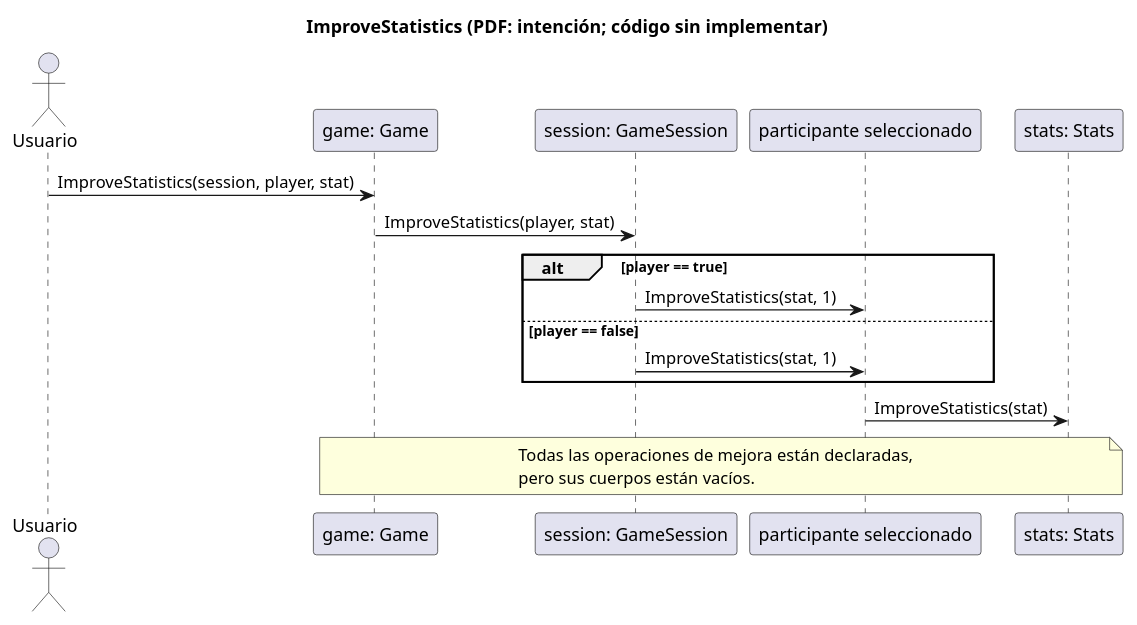
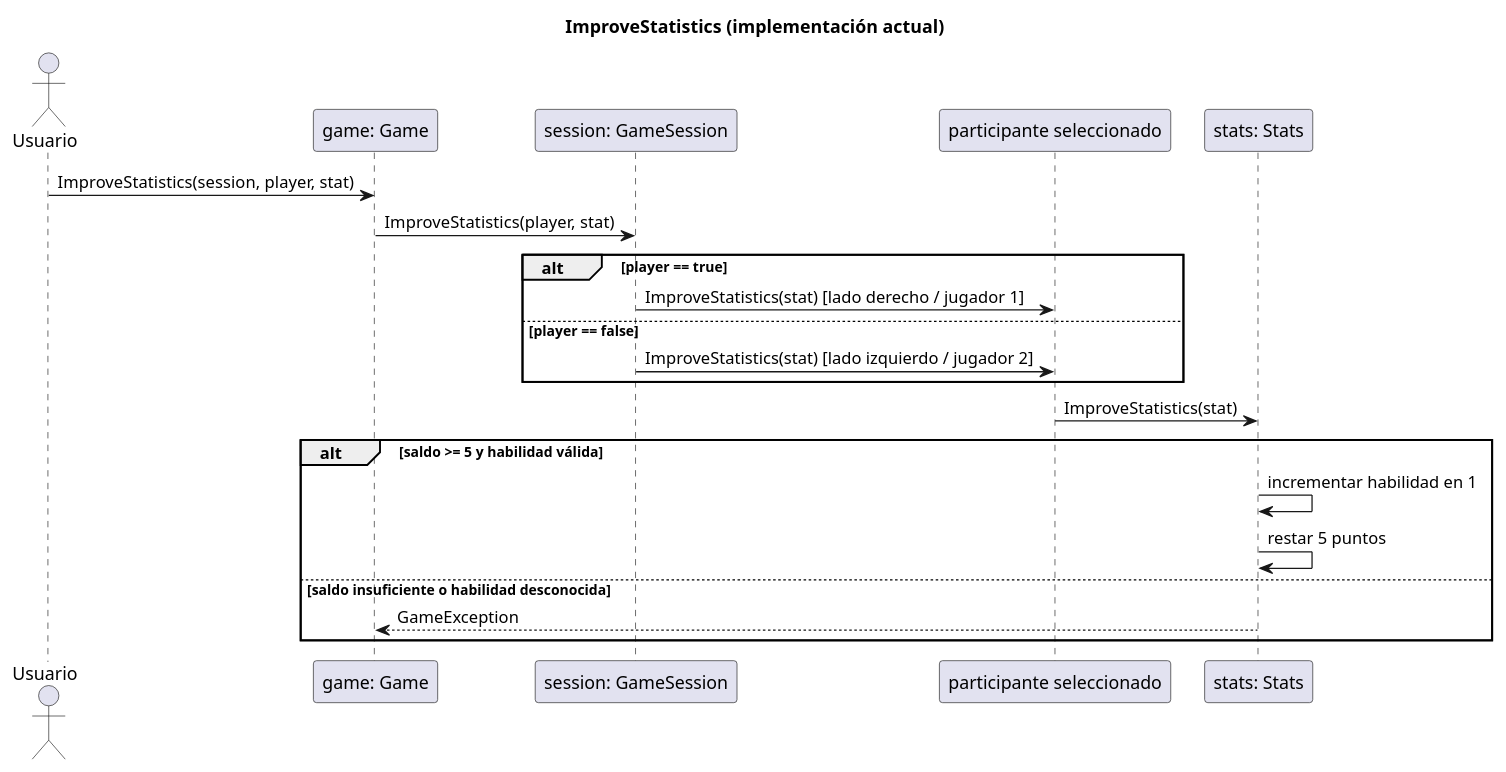
One commit to PaglkG/ProyectoFinal-Dopo changed the sixth of 9 diagrams in docs/uml/domain-sequences.puml. Above: the diagram before and after it, drawn with PlantUML. The commit also changed other lines of this file and 59 other files, not shown here.

Commit message:
Implementa patadas con daño y aturdimiento, persistencia de estadísticas y poderes, amplía las pruebas y el banco visual, y muestra todas las hitboxes

```diff
--- a/docs/uml/domain-sequences.puml
+++ b/docs/uml/domain-sequences.puml
@@ -81,20 +81,22 @@
 @startuml
-title ImproveStatistics (PDF: intención; código sin implementar)
+title ImproveStatistics (implementación actual)
 actor Usuario
 participant "game: Game" as G
 participant "session: GameSession" as S
 participant "participante seleccionado" as P
 participant "stats: Stats" as T
 Usuario -> G: ImproveStatistics(session, player, stat)
 G -> S: ImproveStatistics(player, stat)
 alt player == true
-  S -> P: ImproveStatistics(stat, 1)
+  S -> P: ImproveStatistics(stat) [lado derecho / jugador 1]
 else player == false
-  S -> P: ImproveStatistics(stat, 1)
+  S -> P: ImproveStatistics(stat) [lado izquierdo / jugador 2]
 end
 P -> T: ImproveStatistics(stat)
-note over G,T
-  Todas las operaciones de mejora están declaradas,
-  pero sus cuerpos están vacíos.
-end note
+alt saldo >= 5 y habilidad válida
+  T -> T: incrementar habilidad en 1
+  T -> T: restar 5 puntos
+else saldo insuficiente o habilidad desconocida
+  T --> G: GameException
+end
 @enduml
```
